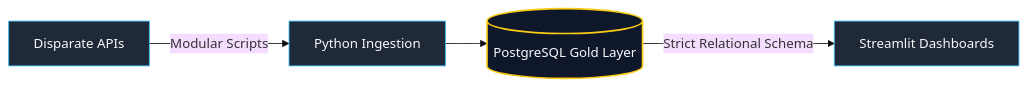
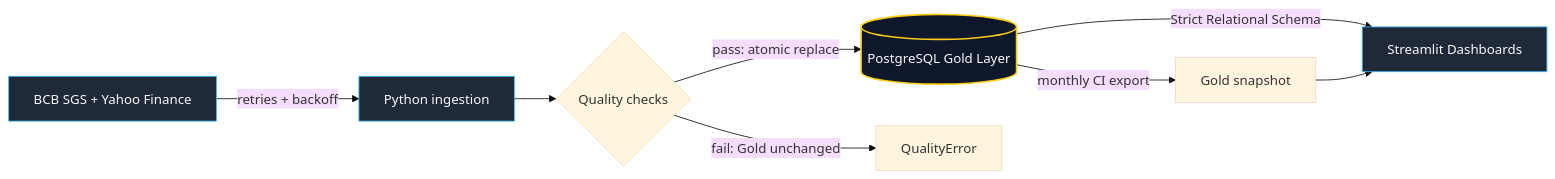
The diagram in README.md (DiegoTDDD/Economic-data-platform), drawn with Mermaid (base theme) before and after one commit. The commit also changed other lines of this file and 31 other files, not shown here.

````diff
--- a/README.md
+++ b/README.md
@@ -19,11 +31,14 @@
 ```mermaid
 flowchart LR
-    A[Disparate APIs] -->|Modular Scripts| B[Python Ingestion]
-    B --> C[(PostgreSQL Gold Layer)]
+    A[BCB SGS + Yahoo Finance] -->|retries + backoff| B[Python ingestion]
+    B --> Q{Quality checks}
+    Q -->|pass: atomic replace| C[(PostgreSQL Gold Layer)]
+    Q -->|fail: Gold unchanged| X[QualityError]
     C -->|Strict Relational Schema| D[Streamlit Dashboards]
+    C -->|monthly CI export| S[Gold snapshot] --> D
 
     style A fill:#1f2937,stroke:#38bdf8,stroke-width:1px,color:#f8fafc
     style B fill:#1f2937,stroke:#38bdf8,stroke-width:1px,color:#f8fafc
     style C fill:#0f172a,stroke:#facc15,stroke-width:2px,color:#f8fafc
     style D fill:#1f2937,stroke:#38bdf8,stroke-width:1px,color:#f8fafc
 ```
````
